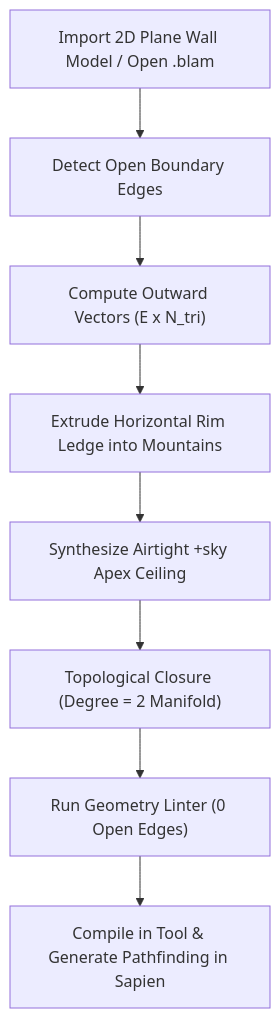
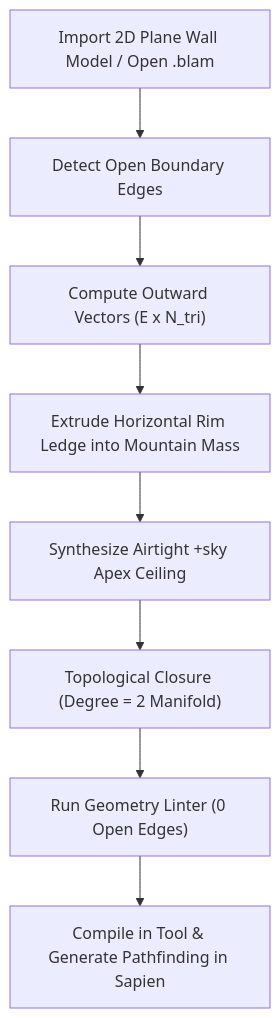
One commit to O7OF/Forgeworks-Halo-3 changed the diagram in README.md. Above: the diagram before and after it, drawn with Mermaid. The commit also changed other lines of this file and 18 other files, not shown here.

````diff
--- a/README.md
+++ b/README.md
@@ -269,10 +170,10 @@
 ```mermaid
 graph TD
     A["Import 2D Plane Wall Model / Open .blam"] --> B["Detect Open Boundary Edges"]
     B --> C["Compute Outward Vectors (E x N_tri)"]
-    C --> D["Extrude Horizontal Rim Ledge into Mountains"]
+    C --> D["Extrude Horizontal Rim Ledge into Mountain Mass"]
     D --> E["Synthesize Airtight +sky Apex Ceiling"]
     E --> F["Topological Closure (Degree = 2 Manifold)"]
     F --> G["Run Geometry Linter (0 Open Edges)"]
     G --> H["Compile in Tool & Generate Pathfinding in Sapien"]
 ```
````
